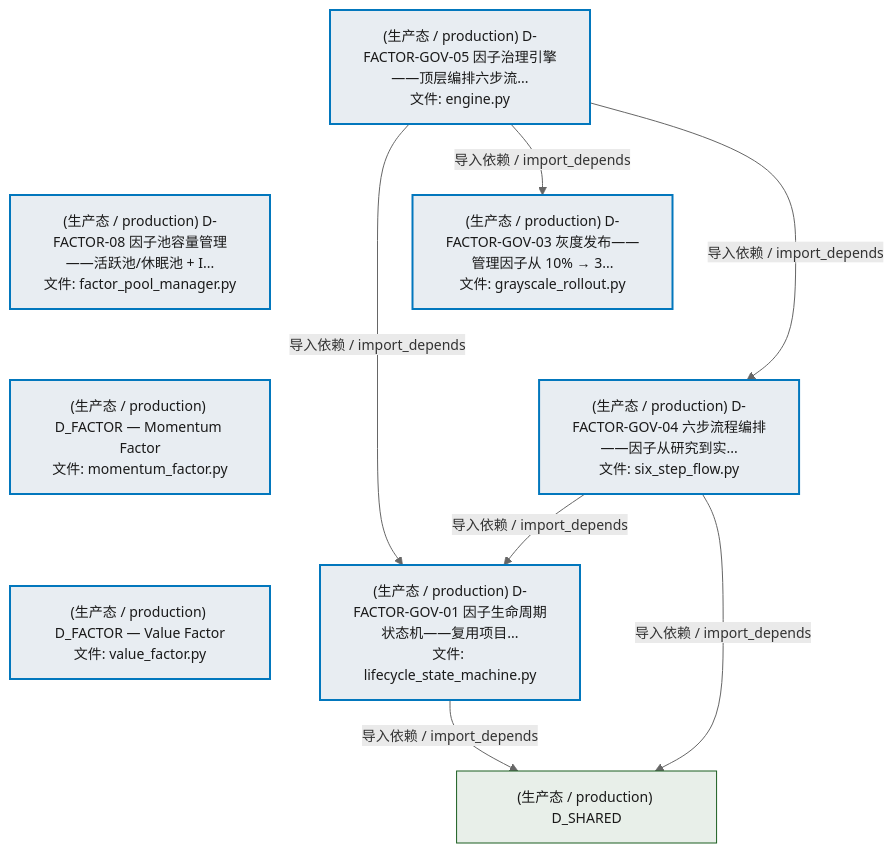
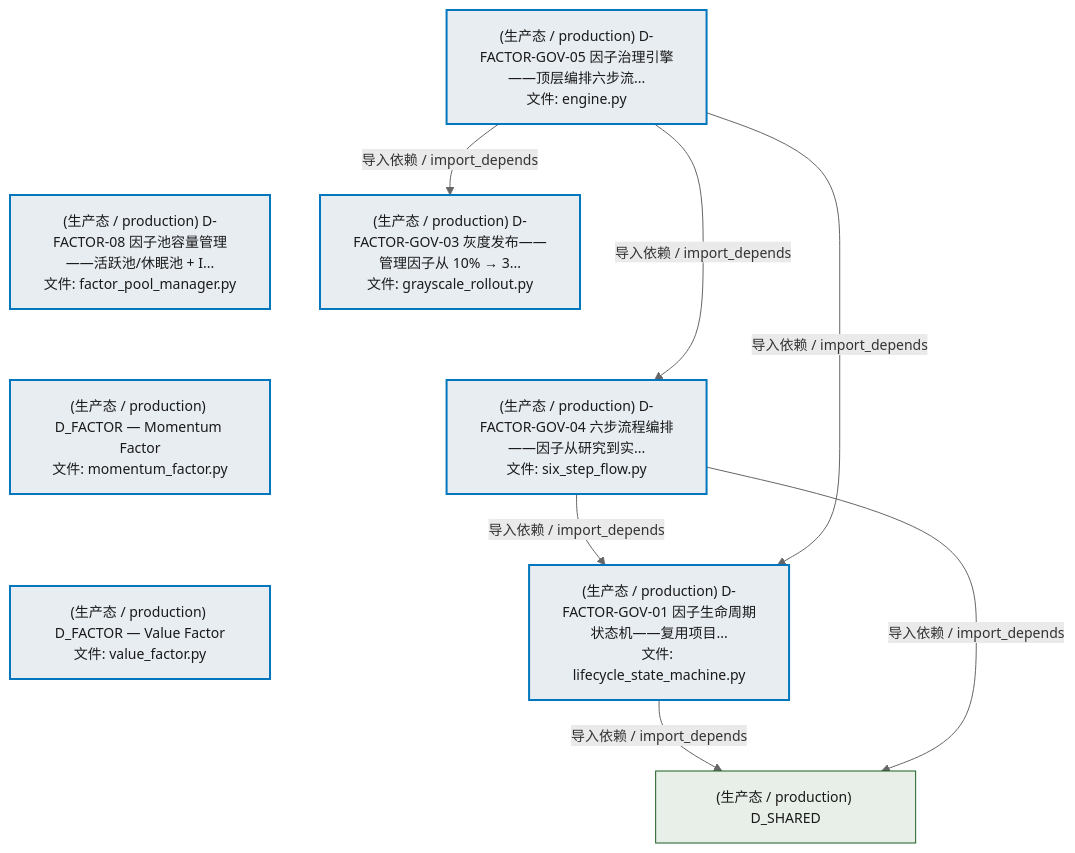
One commit to xuanFelixVan/ZephyrAlpha changed the second of 4 diagrams in docs/02_enterprise_architecture/02_domain_architecture_docs/46_d_factor.md. Above: the diagram before and after it, drawn with Mermaid. The commit also changed other lines of this file and 36 other files, not shown here.

````diff
--- a/docs/02_enterprise_architecture/02_domain_architecture_docs/46_d_factor.md
+++ b/docs/02_enterprise_architecture/02_domain_architecture_docs/46_d_factor.md
@@ -212,28 +212,28 @@
 ```mermaid
 %%{init: {'theme': 'base', 'themeVariables': {'primaryColor': '#eaeaea', 'primaryTextColor': '#333333', 'primaryBorderColor': '#666666', 'lineColor': '#666666', 'secondaryColor': '#eaeaea', 'tertiaryColor': '#eaeaea', 'fontSize': '14px'}}}%%
 flowchart TD
     src_zephyr_factor_governance_engine_py["(生产态 / production) D-FACTOR-GOV-05 因子治理引擎——顶层编排六步流...<br/>文件: engine.py"]
     src_zephyr_factor_governance_factor_pool_manager_py["(生产态 / production) D-FACTOR-08 因子池容量管理——活跃池/休眠池 + I...<br/>文件: factor_pool_manager.py"]
     src_zephyr_factor_momentum_factor_py["(生产态 / production) D_FACTOR — Momentum Factor<br/>文件: momentum_factor.py"]
     src_zephyr_factor_value_factor_py["(生产态 / production) D_FACTOR — Value Factor<br/>文件: value_factor.py"]
     src_zephyr_factor_governance_engine_py ~~~ src_zephyr_factor_governance_factor_pool_manager_py
     src_zephyr_factor_governance_factor_pool_manager_py ~~~ src_zephyr_factor_momentum_factor_py
     src_zephyr_factor_momentum_factor_py ~~~ src_zephyr_factor_value_factor_py
     src_zephyr_factor_governance_grayscale_rollout_py["(生产态 / production) D-FACTOR-GOV-03 灰度发布——管理因子从 10% → 3...<br/>文件: grayscale_rollout.py"]
     src_zephyr_factor_governance_six_step_flow_py["(生产态 / production) D-FACTOR-GOV-04 六步流程编排——因子从研究到实...<br/>文件: six_step_flow.py"]
     src_zephyr_factor_governance_grayscale_rollout_py ~~~ src_zephyr_factor_governance_six_step_flow_py
     src_zephyr_factor_governance_lifecycle_state_machine_py["(生产态 / production) D-FACTOR-GOV-01 因子生命周期状态机——复用项目...<br/>文件: lifecycle_state_machine.py"]
+    src_zephyr_factor_governance_six_step_flow_py -->|导入依赖 / import_depends| src_zephyr_factor_governance_lifecycle_state_machine_py
+    src_zephyr_factor_governance_engine_py -->|导入依赖 / import_depends| src_zephyr_factor_governance_six_step_flow_py
     src_zephyr_factor_governance_engine_py -->|导入依赖 / import_depends| src_zephyr_factor_governance_lifecycle_state_machine_py
     src_zephyr_factor_governance_engine_py -->|导入依赖 / import_depends| src_zephyr_factor_governance_grayscale_rollout_py
-    src_zephyr_factor_governance_engine_py -->|导入依赖 / import_depends| src_zephyr_factor_governance_six_step_flow_py
-    src_zephyr_factor_governance_six_step_flow_py -->|导入依赖 / import_depends| src_zephyr_factor_governance_lifecycle_state_machine_py
     D_SHARED["(生产态 / production) D_SHARED"]
     src_zephyr_factor_governance_lifecycle_state_machine_py -->|导入依赖 / import_depends| D_SHARED
     src_zephyr_factor_governance_six_step_flow_py -->|导入依赖 / import_depends| D_SHARED
     classDef production fill:#e8edf2,stroke:#0277bd,stroke-width:2px,color:#1a1a1a
     classDef design fill:#f0ebe3,stroke:#bf360c,stroke-width:2px,color:#1a1a1a,stroke-dasharray: 5 5
     classDef external_prod fill:#e8efe9,stroke:#1b5e20,stroke-width:1px,color:#1a1a1a
     classDef external_design fill:#efe5ea,stroke:#880e4f,stroke-width:1px,color:#1a1a1a,stroke-dasharray: 5 5
     class src_zephyr_factor_governance_engine_py,src_zephyr_factor_governance_factor_pool_manager_py,src_zephyr_factor_governance_grayscale_rollout_py,src_zephyr_factor_governance_lifecycle_state_machine_py,src_zephyr_factor_governance_six_step_flow_py,src_zephyr_factor_momentum_factor_py,src_zephyr_factor_value_factor_py production
     class D_SHARED external_prod
 ```
````
